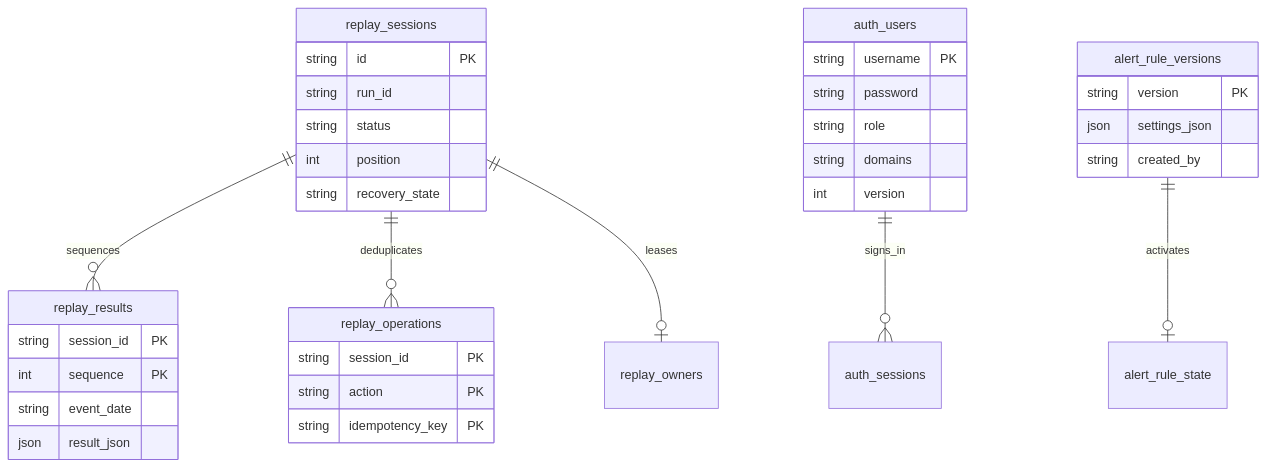
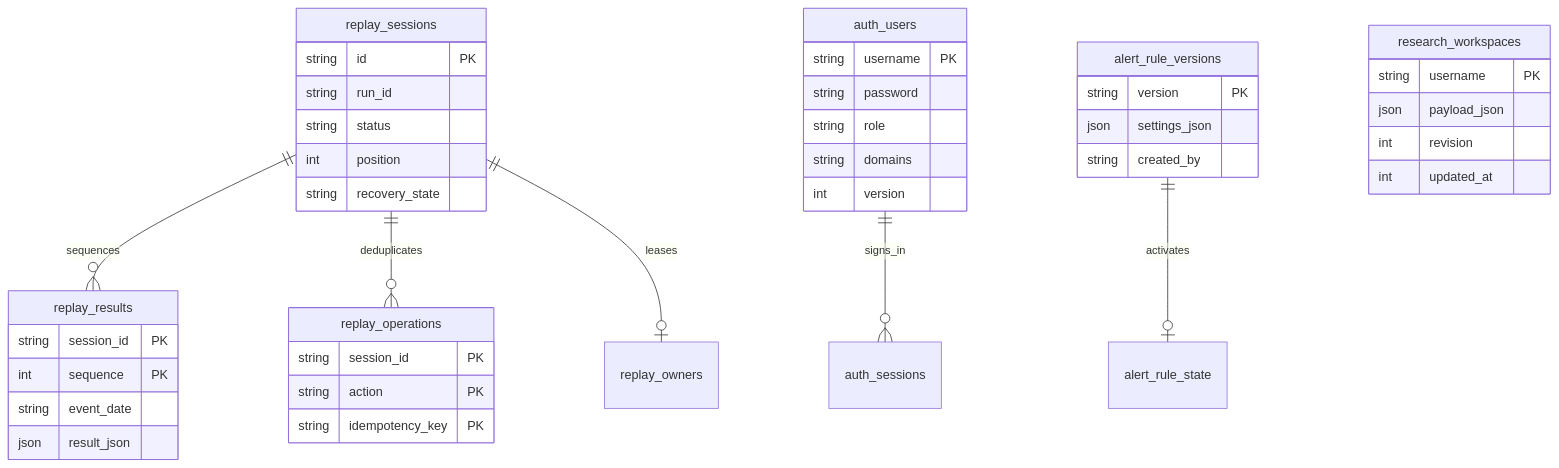
Before and after one commit to youzy139/fintech_skd_lpz: the second of 3 diagrams in docs/data-model.md, drawn with Mermaid. The commit also changed other lines of this file and 30 other files, not shown here.

````diff
--- a/docs/data-model.md
+++ b/docs/data-model.md
@@ -63,38 +65,44 @@
 ```mermaid
 erDiagram
   replay_sessions ||--o{ replay_results : sequences
   replay_sessions ||--o{ replay_operations : deduplicates
   replay_sessions ||--o| replay_owners : leases
   auth_users ||--o{ auth_sessions : signs_in
   alert_rule_versions ||--o| alert_rule_state : activates
   replay_sessions {
     string id PK
     string run_id
     string status
     int position
     string recovery_state
   }
   replay_results {
     string session_id PK
     int sequence PK
     string event_date
     json result_json
   }
   replay_operations {
     string session_id PK
     string action PK
     string idempotency_key PK
   }
   auth_users {
     string username PK
     string password
     string role
     string domains
     int version
   }
+  research_workspaces {
+    string username PK
+    json payload_json
+    int revision
+    int updated_at
+  }
   alert_rule_versions {
     string version PK
     json settings_json
     string created_by
   }
 ```
````
